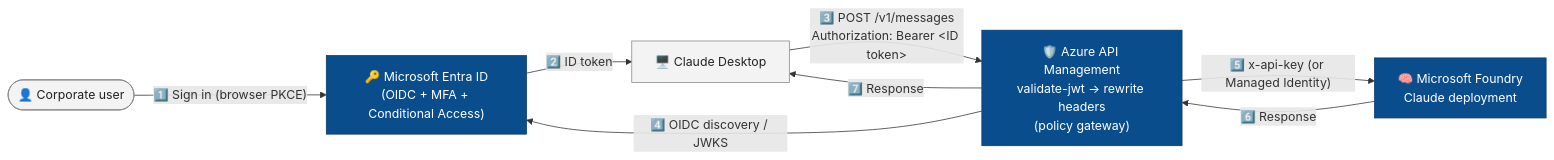
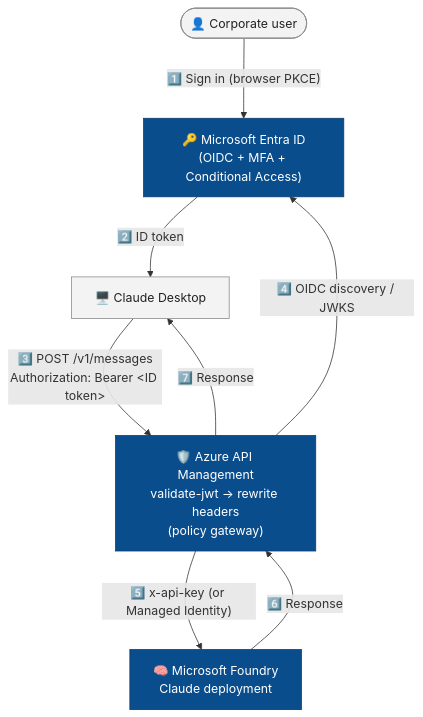
The diagram in blog/claude-desktop-entra-apim-foundry.md (lindazhang2000/Claude-Desktop-on-Microsoft-Foundry), drawn with Mermaid before and after one commit. The commit also changed 1 other file, not shown here.

Commit message:
Make architecture diagram bigger and easier to read (top-to-bottom layout, larger font, wider container)

````diff
--- a/blog/claude-desktop-entra-apim-foundry.md
+++ b/blog/claude-desktop-entra-apim-foundry.md
@@ -26,21 +26,22 @@
 ```mermaid
-flowchart LR
+%%{init: {'flowchart': {'nodeSpacing': 60, 'rankSpacing': 80, 'useMaxWidth': true}, 'themeVariables': {'fontSize':'16px'}} }%%
+flowchart TB
     User([👤 Corporate user])
     Claude["🖥️ Claude Desktop"]
     Entra["🔑 Microsoft Entra ID<br/>(OIDC + MFA + Conditional Access)"]
     APIM["🛡️ Azure API Management<br/>validate-jwt → rewrite headers<br/>(policy gateway)"]
     Foundry["🧠 Microsoft Foundry<br/>Claude deployment"]
 
     User -- "1️⃣ Sign in (browser PKCE)" --> Entra
     Entra -- "2️⃣ ID token" --> Claude
     Claude -- "3️⃣ POST /v1/messages<br/>Authorization: Bearer &lt;ID token&gt;" --> APIM
     APIM -- "4️⃣ OIDC discovery / JWKS" --> Entra
     APIM -- "5️⃣ x-api-key (or Managed Identity)" --> Foundry
     Foundry -- "6️⃣ Response" --> APIM
     APIM -- "7️⃣ Response" --> Claude
 
     classDef azure fill:#0a4d8c,stroke:#0a3a6b,color:#ffffff;
     classDef client fill:#f3f3f3,stroke:#888,color:#222;
     class Entra,APIM,Foundry azure;
     class Claude,User client;
 ```
````
